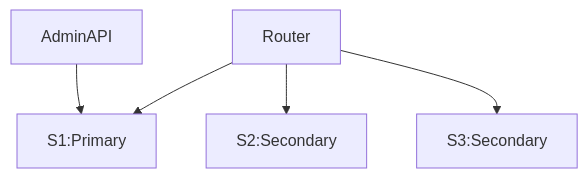
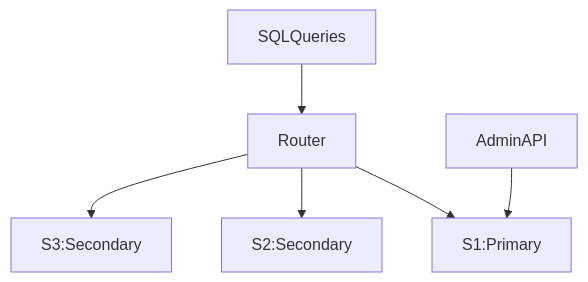
One commit to mahmoud-eskandari/mysql-cluster changed the diagram in README.md. Above: the diagram before and after it, drawn with Mermaid.

Commit message:
add query to chart

````diff
--- a/README.md
+++ b/README.md
@@ -80,8 +80,9 @@
 ```mermaid
 graph TD;
+    SQLQueries-->Router;
     Router-->S1:Primary;
     Router-->S2:Secondary;
     Router-->S3:Secondary;
 
     AdminAPI-->S1:Primary;
 ```
````
